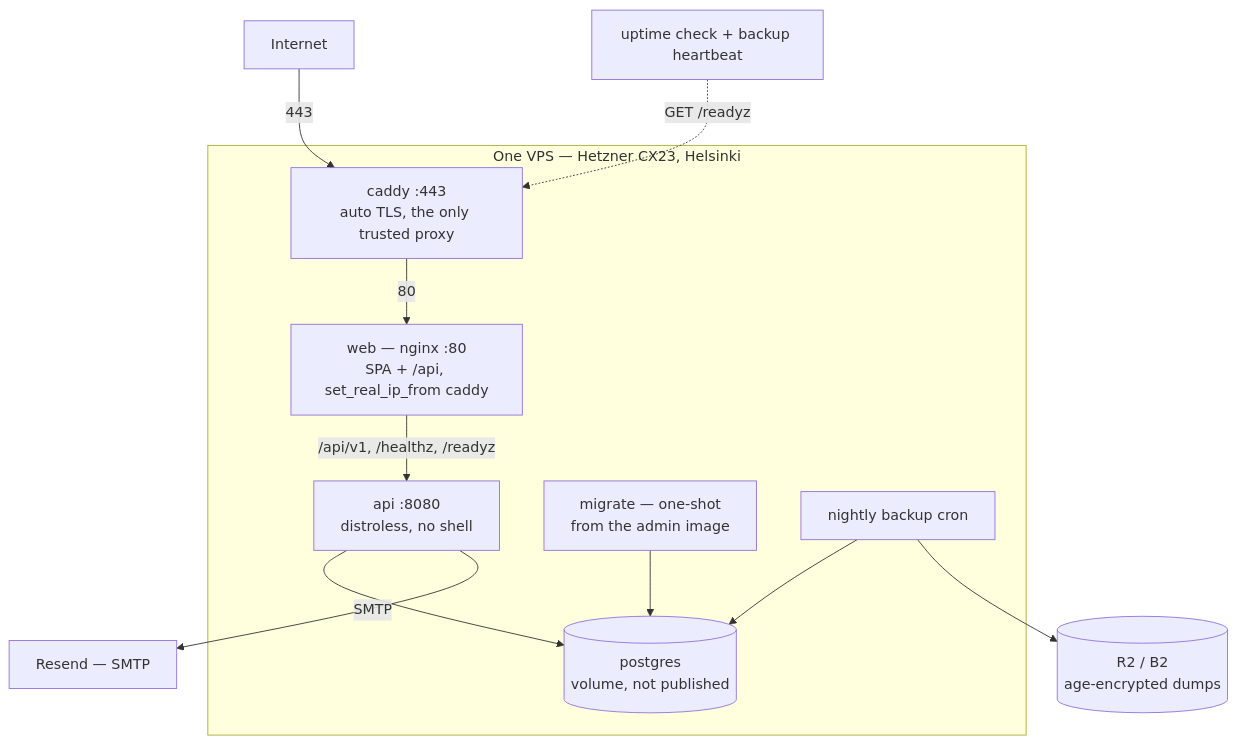
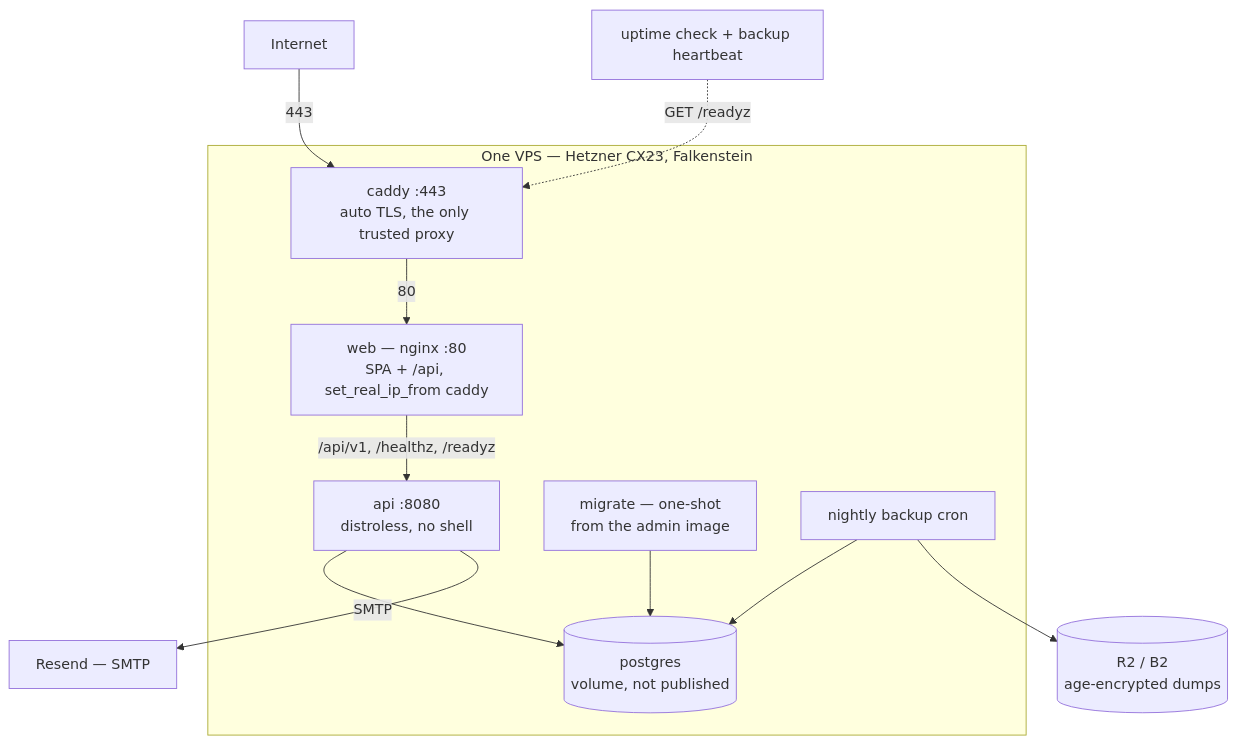
One commit to oandrz/Household changed the diagram in docs/superpowers/specs/2026-08-10-hearth-production-deployment-design.md. Above: the diagram before and after it, drawn with Mermaid. The commit also changed other lines of this file and 4 other files, not shown here.

````diff
--- a/docs/superpowers/specs/2026-08-10-hearth-production-deployment-design.md
+++ b/docs/superpowers/specs/2026-08-10-hearth-production-deployment-design.md
@@ -192,27 +192,27 @@
 ```mermaid
 graph TD
     Internet["Internet"]
 
-    subgraph box["One VPS — Hetzner CX23, Helsinki"]
+    subgraph box["One VPS — Hetzner CX23, Falkenstein"]
         Caddy["caddy :443<br/>auto TLS, the only trusted proxy"]
         Nginx["web — nginx :80<br/>SPA + /api, set_real_ip_from caddy"]
         API["api :8080<br/>distroless, no shell"]
         PG[("postgres<br/>volume, not published")]
         Migrate["migrate — one-shot<br/>from the admin image"]
         Cron["nightly backup cron"]
     end
 
     Relay["Resend — SMTP"]
     Bucket[("R2 / B2<br/>age-encrypted dumps")]
     Watch["uptime check + backup heartbeat"]
 
     Internet -->|"443"| Caddy
     Caddy -->|"80"| Nginx
     Nginx -->|"/api/v1, /healthz, /readyz"| API
     API --> PG
     API -->|SMTP| Relay
     Migrate --> PG
     Cron --> PG
     Cron --> Bucket
     Watch -.->|"GET /readyz"| Caddy
 ```
````
